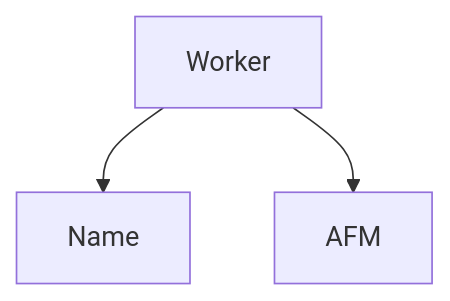
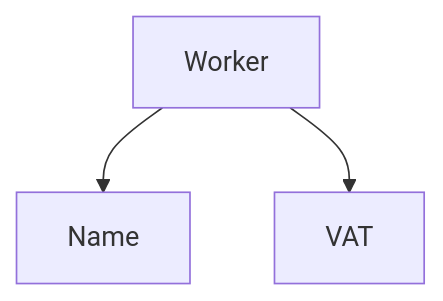
One commit to z1skgr/java_files changed the second of 5 diagrams in Inheritance/README.md. Above: the diagram before and after it, drawn with Mermaid.

````diff
--- a/Inheritance/README.md
+++ b/Inheritance/README.md
@@ -32,5 +32,5 @@
  ```mermaid
 graph TD;
     A[Worker]-->B[Name];
-    A[Worker]-->C[AFM];
+    A[Worker]-->C[VAT];
 ```
````
